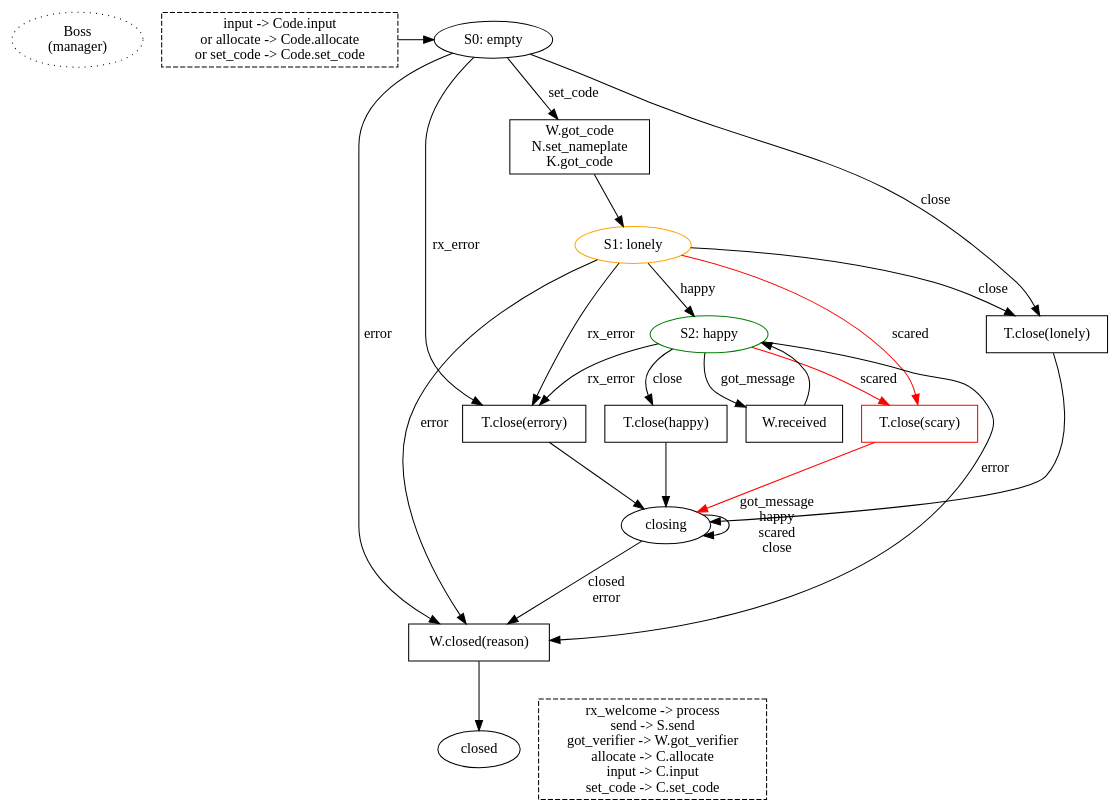
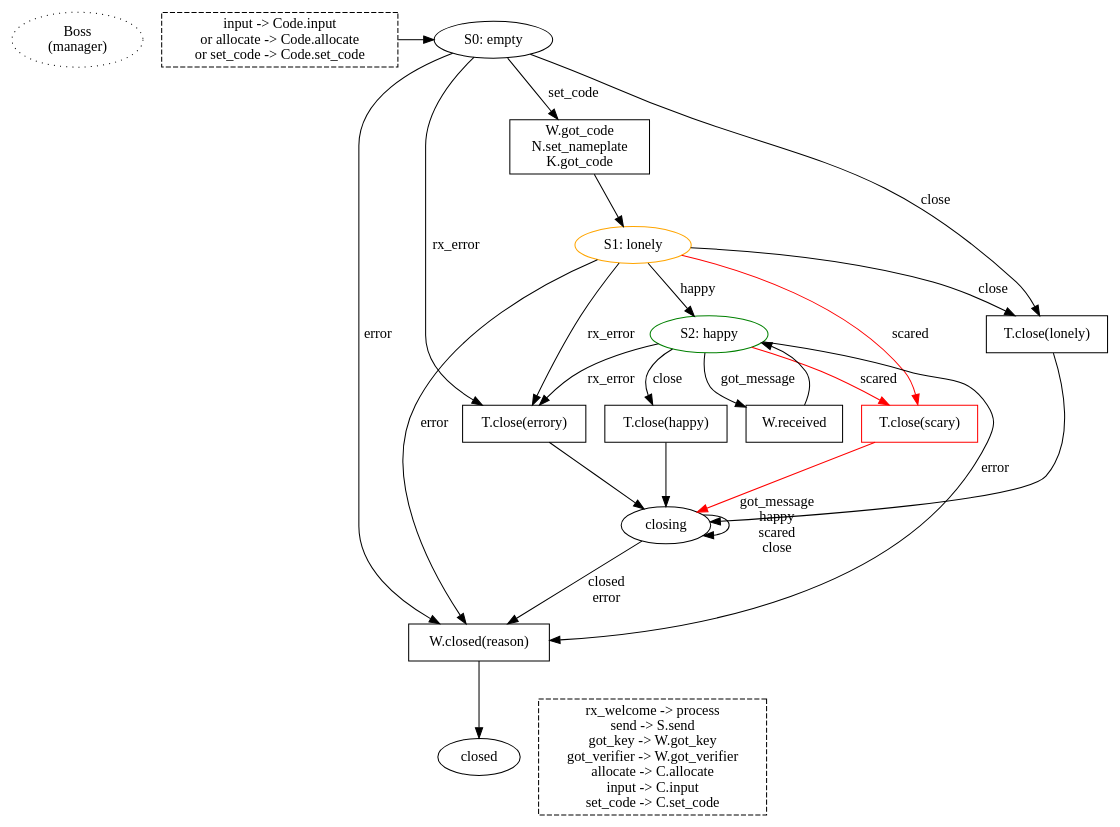
Before and after one commit to magic-wormhole/magic-wormhole: the diagram in docs/state-machines/boss.dot, drawn with Graphviz. The commit also changed 7 other files, not shown here.

```diff
--- a/docs/state-machines/boss.dot
+++ b/docs/state-machines/boss.dot
@@ -1,70 +1,70 @@
 digraph {
 
         /* could shave a RTT by committing to the nameplate early, before
         finishing the rest of the code input. While the user is still
         typing/completing the code, we claim the nameplate, open the mailbox,
         and retrieve the peer's PAKE message. Then as soon as the user
         finishes entering the code, we build our own PAKE message, send PAKE,
         compute the key, send VERSION. Starting from the Return, this saves
         two round trips. OTOH it adds consequences to hitting Tab. */
 
         start [label="Boss\n(manager)" style="dotted"]
 
         {rank=same; P0_code S0}
         P0_code [shape="box" style="dashed"
                  label="input -> Code.input\n or allocate -> Code.allocate\n or set_code -> Code.set_code"]
         P0_code -> S0
         S0 [label="S0: empty"]
         S0 -> P0_build [label="set_code"]
 
         S0 -> P_close_error [label="rx_error"]
         P_close_error [shape="box" label="T.close(errory)"]
         P_close_error -> S_closing
         S0 -> P_close_lonely [label="close"]
 
         P0_build [shape="box" label="W.got_code\nN.set_nameplate\nK.got_code"]
         P0_build -> S1
         S1 [label="S1: lonely" color="orange"]
 
         S1 -> S2 [label="happy"]
 
         S1 -> P_close_error [label="rx_error"]
         S1 -> P_close_scary [label="scared" color="red"]
         S1 -> P_close_lonely [label="close"]
         P_close_lonely [shape="box" label="T.close(lonely)"]
         P_close_lonely -> S_closing
 
         P_close_scary [shape="box" label="T.close(scary)" color="red"]
         P_close_scary -> S_closing [color="red"]
 
         S2 [label="S2: happy" color="green"]
         S2 -> P2_close [label="close"]
         P2_close [shape="box" label="T.close(happy)"]
         P2_close -> S_closing
 
         S2 -> P2_got_message [label="got_message"]
         P2_got_message [shape="box" label="W.received"]
         P2_got_message -> S2
 
         S2 -> P_close_error [label="rx_error"]
         S2 -> P_close_scary [label="scared" color="red"]
 
         S_closing [label="closing"]
         S_closing -> P_closed [label="closed\nerror"]
         S_closing -> S_closing [label="got_message\nhappy\nscared\nclose"]
 
         P_closed [shape="box" label="W.closed(reason)"]
         P_closed -> S_closed
         S_closed [label="closed"]
 
         S0 -> P_closed [label="error"]
         S1 -> P_closed [label="error"]
         S2 -> P_closed [label="error"]
 
         {rank=same; Other S_closed}
         Other [shape="box" style="dashed"
-               label="rx_welcome -> process\nsend -> S.send\ngot_verifier -> W.got_verifier\nallocate -> C.allocate\ninput -> C.input\nset_code -> C.set_code"
+               label="rx_welcome -> process\nsend -> S.send\ngot_key -> W.got_key\ngot_verifier -> W.got_verifier\nallocate -> C.allocate\ninput -> C.input\nset_code -> C.set_code"
                ]
 
 
 }
```
